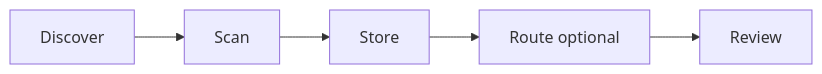
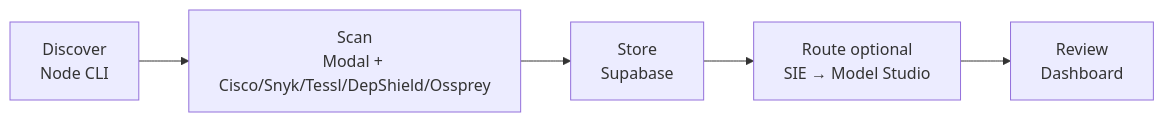
Before and after one commit to neomatrix369/tripwire: the diagram in README.md, drawn with Mermaid. The commit also changed other lines of this file and 10 other files, not shown here.

````diff
--- a/README.md
+++ b/README.md
@@ -78,7 +187,7 @@
 ```mermaid
 flowchart LR
-  discover["Discover"] --> scan["Scan"]
-  scan --> store["Store"]
-  store --> route["Route optional"]
-  route --> review["Review"]
+  discover["Discover<br/>Node CLI"] --> scan["Scan<br/>Modal + Cisco/Snyk/Tessl/DepShield/Ossprey"]
+  scan --> store["Store<br/>Supabase"]
+  store --> route["Route optional<br/>SIE → Model Studio"]
+  route --> review["Review<br/>Dashboard"]
 ```
````
